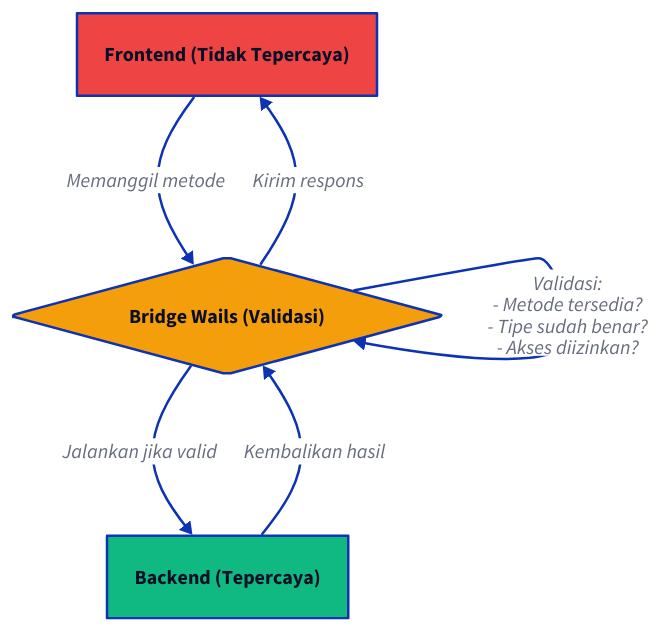
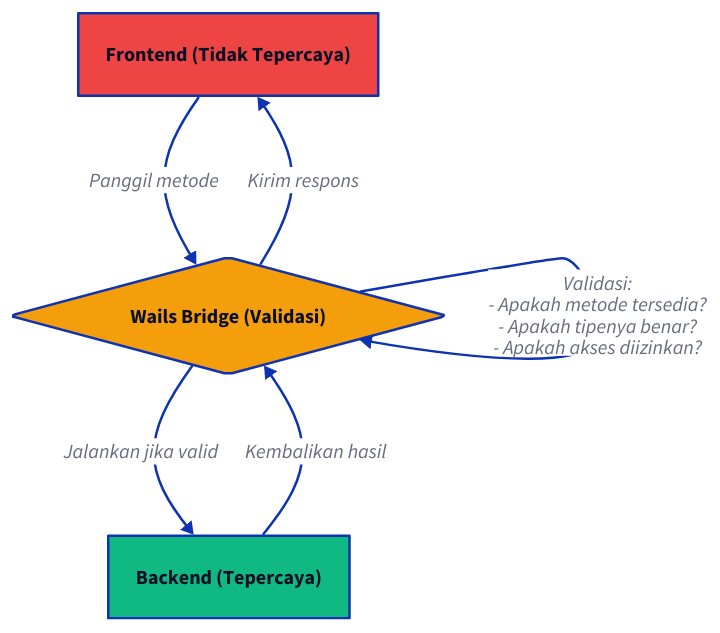
Before and after one commit to wailsapp/wails: the eighth of 8 diagrams in docs/mpress/content/id/concepts/architecture.md, drawn with D2. The commit also changed other lines of this file and 1096 other files, not shown here.

````diff
--- a/docs/mpress/content/id/concepts/architecture.md
+++ b/docs/mpress/content/id/concepts/architecture.md
@@ -559,24 +559,24 @@
 ```d2
 direction: down
 
 Frontend: Frontend (Tidak Tepercaya) {
   shape: rectangle
   style.fill: "#EF4444"
 }
 
-Bridge: Bridge Wails (Validasi) {
+Bridge: Wails Bridge (Validasi) {
   shape: diamond
   style.fill: "#F59E0B"
 }
 
 Backend: Backend (Tepercaya) {
   shape: rectangle
   style.fill: "#10B981"
 }
 
-Frontend -> Bridge: Memanggil metode
-Bridge -> Bridge: "Validasi:\n- Metode tersedia?\n- Tipe sudah benar?\n- Akses diizinkan?"
+Frontend -> Bridge: Panggil metode
+Bridge -> Bridge: "Validasi:\n- Apakah metode tersedia?\n- Apakah tipenya benar?\n- Apakah akses diizinkan?"
 Bridge -> Backend: Jalankan jika valid
 Backend -> Bridge: Kembalikan hasil
 Bridge -> Frontend: Kirim respons
 ```
````
